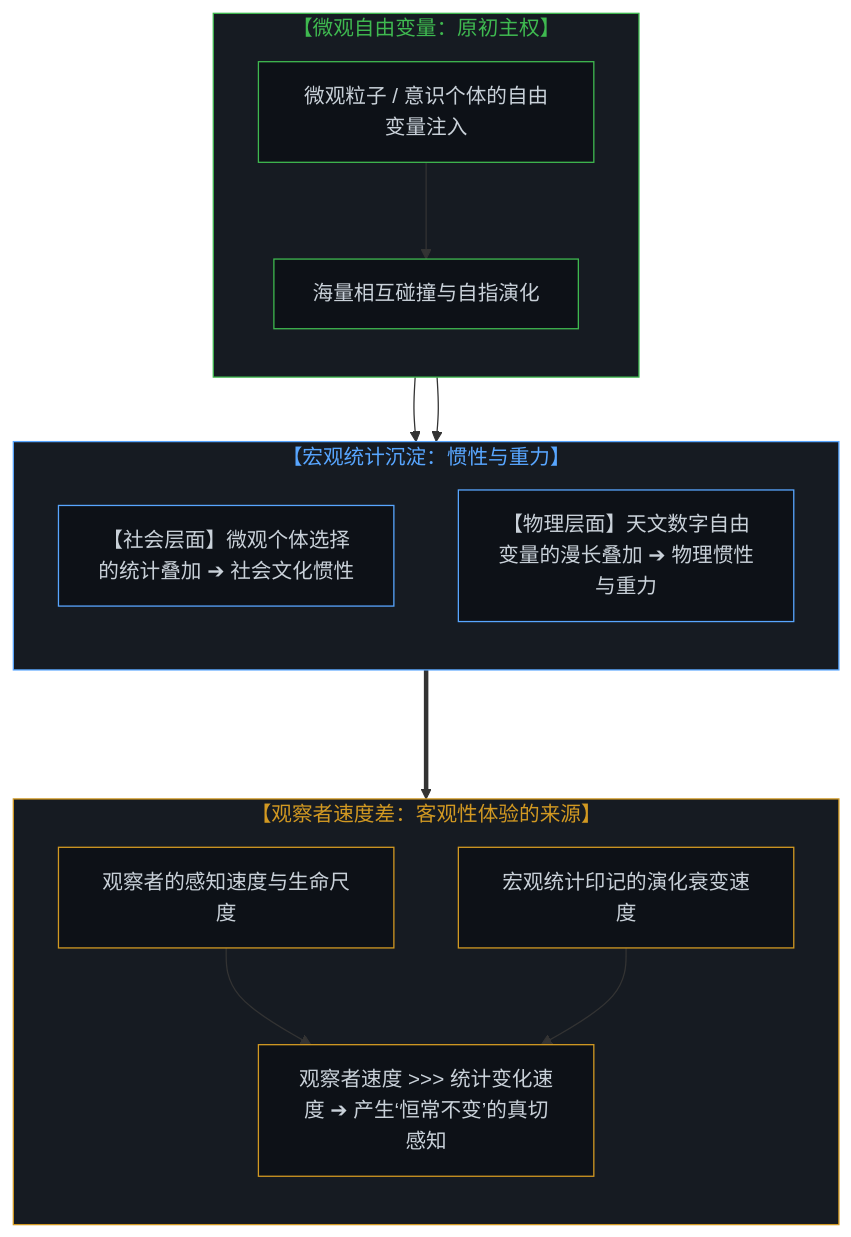
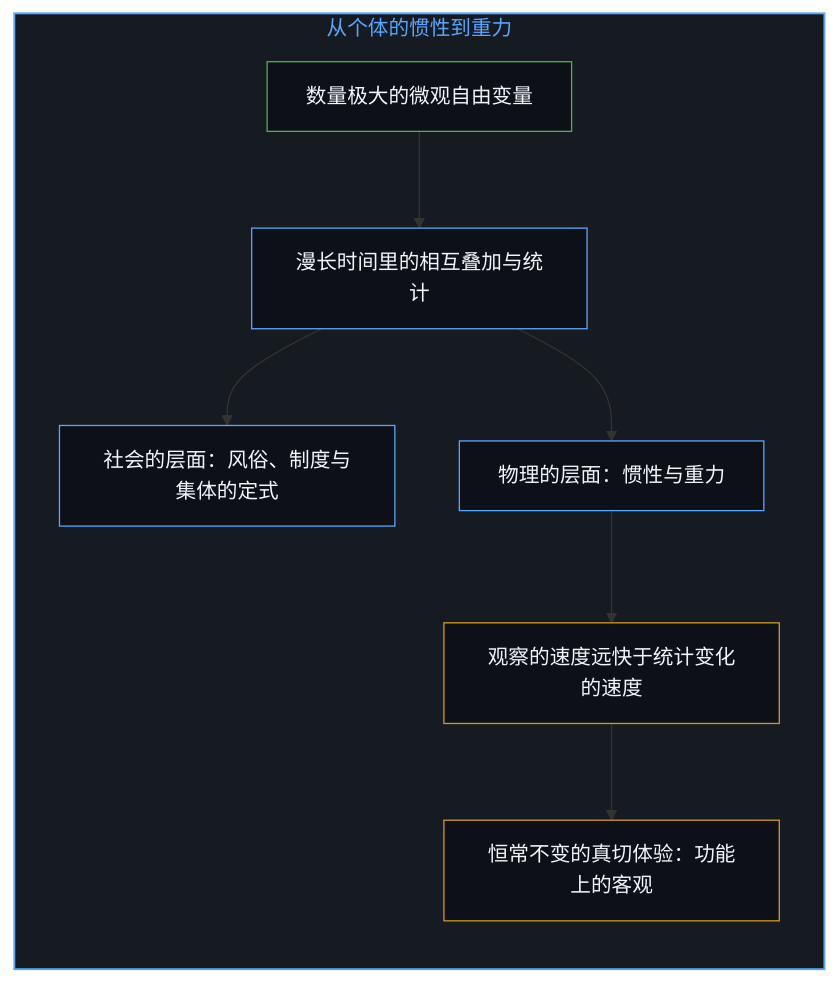
The ninth of 12 diagrams in content/posts/the-two-sided-nature-of-sovereign-choice-and-the-objectification-of-observation.md (powerpig99/not-a-toe), drawn with Mermaid before and after one commit. The commit also changed other lines of this file and 2 other files, not shown here.

Commit message:
Refine the-two-sided-nature-of-sovereign-choice: alternating bilingual layout, six paired diagrams, the outer face as signal and as definition, implicit first person

````diff
--- a/content/posts/the-two-sided-nature-of-sovereign-choice-and-the-objectification-of-observation.md
+++ b/content/posts/the-two-sided-nature-of-sovereign-choice-and-the-objectification-of-observation.md
@@ -229,39 +271,25 @@
 ```mermaid
-graph TD
-    subgraph S_Micro_Vars["【微观自由变量：原初主权】"]
+flowchart TD
+    subgraph S_Gravity["从个体的惯性到重力"]
         direction TB
-        V1["微观粒子 / 意识个体的自由变量注入"]
-        V2["海量相互碰撞与自指演化"]
-        V1 --> V2
+        Free["数量极大的微观自由变量"]
+        Stack["漫长时间里的相互叠加与统计"]
+        Soc["社会的层面：风俗、制度与集体的定式"]
+        Phy["物理的层面：惯性与重力"]
+        Rate["观察的速度远快于统计变化的速度"]
+        Const["恒常不变的真切体验：功能上的客观"]
+        Free --> Stack
+        Stack --> Soc
+        Stack --> Phy
+        Phy --> Rate
+        Rate --> Const
     end
 
-    subgraph S_Macro_Inertia["【宏观统计沉淀：惯性与重力】"]
-        direction TB
-        I_Soc["【社会层面】微观个体选择的统计叠加 ➔ 社会文化惯性"]
-        I_Phy["【物理层面】天文数字自由变量的漫长叠加 ➔ 物理惯性与重力"]
-        V2 --> I_Soc
-        V2 --> I_Phy
-    end
-
-    subgraph S_Observer_Scale["【观察者速度差：客观性体验的来源】"]
-        direction TB
-        O_Fast["观察者的感知速度与生命尺度"]
-        O_Slow["宏观统计印记的演化衰变速度"]
-        O_Rel["观察者速度 >>> 统计变化速度 ➔ 产生‘恒常不变’的真切感知"]
-        O_Fast --> O_Rel
-        O_Slow --> O_Rel
-    end
-
-    I_Phy ===> O_Slow
-
-    style S_Micro_Vars fill:#161b22,stroke:#3fb950,stroke-width:1px,color:#3fb950
-    style S_Macro_Inertia fill:#161b22,stroke:#58a6ff,stroke-width:1px,color:#58a6ff
-    style S_Observer_Scale fill:#161b22,stroke:#d29922,stroke-width:1px,color:#d29922
-    style V1 fill:#0d1117,stroke:#3fb950,stroke-width:1px,color:#c9d1d9
-    style V2 fill:#0d1117,stroke:#3fb950,stroke-width:1px,color:#c9d1d9
-    style I_Soc fill:#0d1117,stroke:#58a6ff,stroke-width:1px,color:#c9d1d9
-    style I_Phy fill:#0d1117,stroke:#58a6ff,stroke-width:1px,color:#c9d1d9
-    style O_Fast fill:#0d1117,stroke:#d29922,stroke-width:1px,color:#c9d1d9
-    style O_Slow fill:#0d1117,stroke:#d29922,stroke-width:1px,color:#c9d1d9
-    style O_Rel fill:#0d1117,stroke:#d29922,stroke-width:1px,color:#c9d1d9
+    style S_Gravity fill:#161b22,stroke:#58a6ff,stroke-width:1.5px,color:#58a6ff
+    style Free fill:#0d1117,stroke:#3fb950,stroke-width:1px,color:#f0f6fc
+    style Stack fill:#0d1117,stroke:#58a6ff,stroke-width:1px,color:#f0f6fc
+    style Soc fill:#0d1117,stroke:#58a6ff,stroke-width:1px,color:#f0f6fc
+    style Phy fill:#0d1117,stroke:#58a6ff,stroke-width:1px,color:#f0f6fc
+    style Rate fill:#0d1117,stroke:#d29922,stroke-width:1px,color:#f0f6fc
+    style Const fill:#0d1117,stroke:#d29922,stroke-width:1px,color:#f0f6fc
 ```
````
